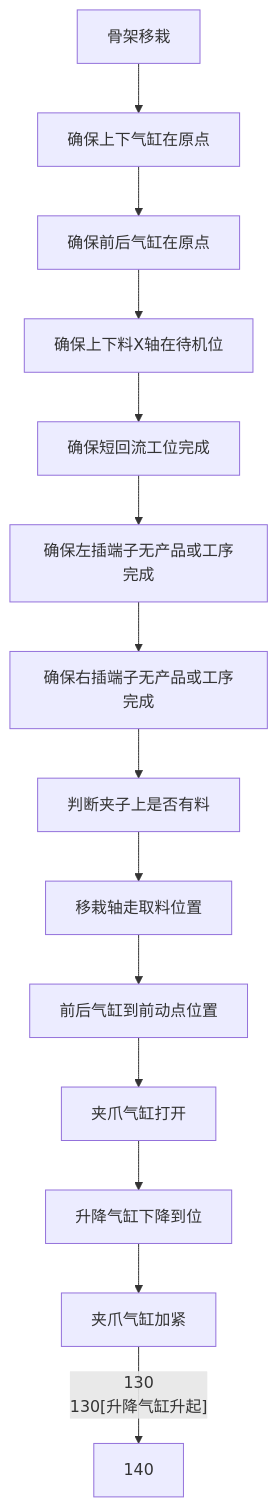
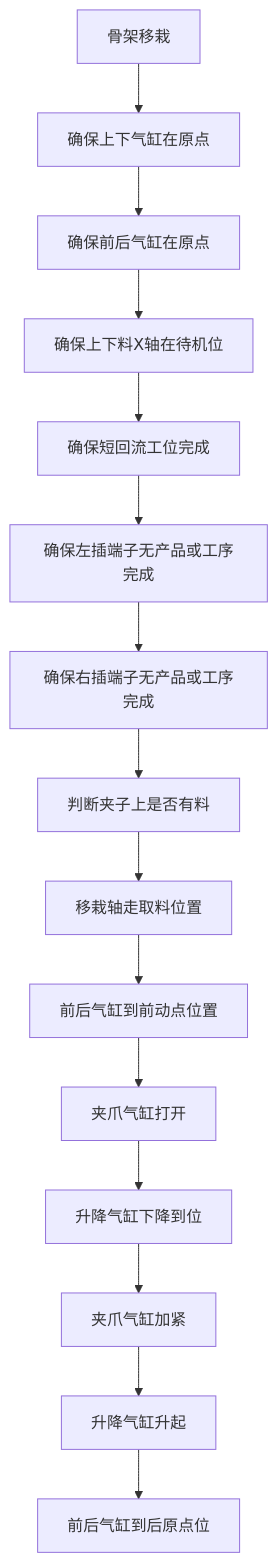
Before and after one commit to zmq000/iodraw-files: the diagram in all/VR-OP90骨架移栽.md, drawn with Mermaid.

Commit message:
2026-06-18 10:43:17 update

````diff
--- a/all/VR-OP90骨架移栽.md
+++ b/all/VR-OP90骨架移栽.md
@@ -1,22 +1,23 @@
 ```mermaid
 graph TD
    0[骨架移栽]-->10
    10[确保上下气缸在原点]-->20
    20[确保前后气缸在原点]-->30
    30[确保上下料X轴在待机位]-->40
    40[确保短回流工位完成]-->50
    50[确保左插端子无产品或工序完成]-->60
    60[确保右插端子无产品或工序完成]-->70
    70[判断夹子上是否有料]-->80
    80[移栽轴走取料位置]-->90
    90[前后气缸到前动点位置]-->100
    100[夹爪气缸打开]-->110
    110[升降气缸下降到位]-->120
-   120[夹爪气缸加紧]--130
+   120[夹爪气缸加紧]-->130
    130[升降气缸升起]-->140
+   140[前后气缸到后原点位]
 
 
 
 
   
 ```
````
